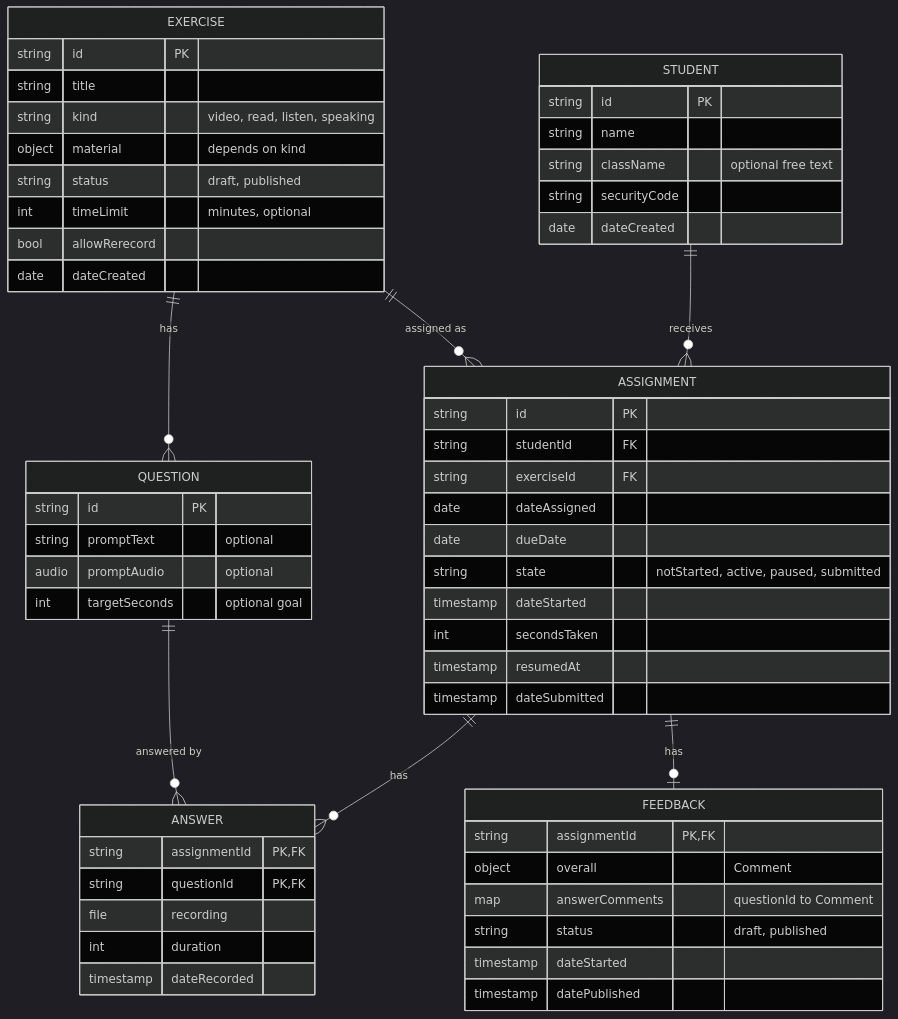
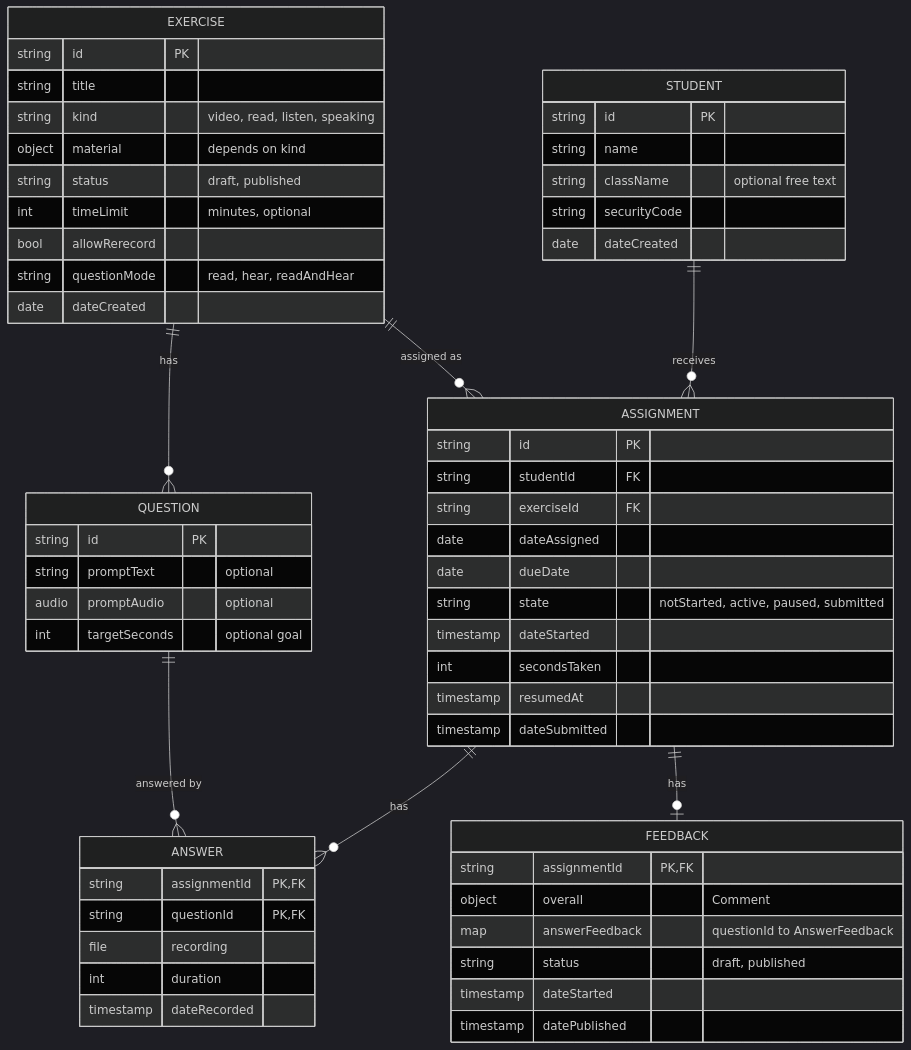
Before and after one commit to jmagaram/hamorahlimor-prototype: the diagram in docs/data-model.md, drawn with Mermaid (dark theme). The commit also changed other lines of this file and 24 other files, not shown here.

First line of the commit message:
Timed answer feedback, review on Assignment detail, question modes (#9)

````diff
--- a/docs/data-model.md
+++ b/docs/data-model.md
@@ -5,59 +5,60 @@
 ```mermaid
 erDiagram
   STUDENT ||--o{ ASSIGNMENT : receives
   EXERCISE ||--o{ ASSIGNMENT : "assigned as"
   EXERCISE ||--o{ QUESTION : has
   ASSIGNMENT ||--o{ ANSWER : has
   QUESTION ||--o{ ANSWER : "answered by"
   ASSIGNMENT ||--o| FEEDBACK : has
   STUDENT {
     string id PK
     string name
     string className "optional free text"
     string securityCode
     date dateCreated
   }
   EXERCISE {
     string id PK
     string title
     string kind "video, read, listen, speaking"
     object material "depends on kind"
     string status "draft, published"
     int timeLimit "minutes, optional"
     bool allowRerecord
+    string questionMode "read, hear, readAndHear"
     date dateCreated
   }
   QUESTION {
     string id PK
     string promptText "optional"
     audio promptAudio "optional"
     int targetSeconds "optional goal"
   }
   ASSIGNMENT {
     string id PK
     string studentId FK
     string exerciseId FK
     date dateAssigned
     date dueDate
     string state "notStarted, active, paused, submitted"
     timestamp dateStarted
     int secondsTaken
     timestamp resumedAt
     timestamp dateSubmitted
   }
   ANSWER {
     string assignmentId PK, FK
     string questionId PK, FK
     file recording
     int duration
     timestamp dateRecorded
   }
   FEEDBACK {
     string assignmentId PK, FK
     object overall "Comment"
-    map answerComments "questionId to Comment"
+    map answerFeedback "questionId to AnswerFeedback"
     string status "draft, published"
     timestamp dateStarted
     timestamp datePublished
   }
 ```
````
